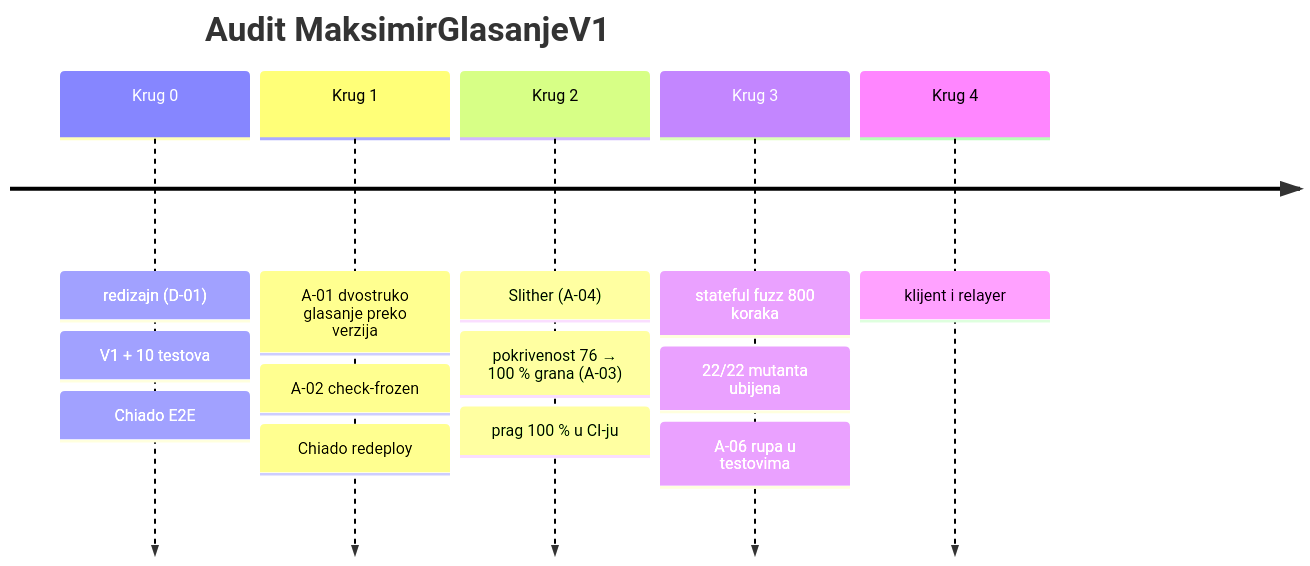
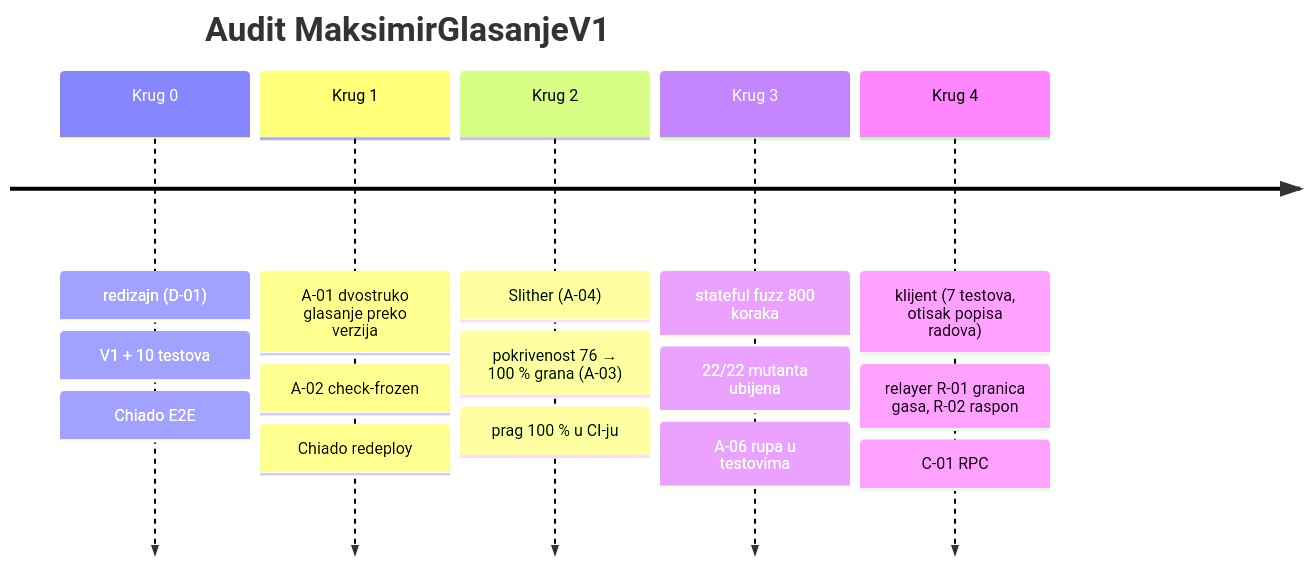
One commit to stepanic/stadion-maksimir-natjecaj-2026 changed the first of 2 diagrams in docs/blockchain/audit/krugovi.md. Above: the diagram before and after it, drawn with Mermaid. The commit also changed other lines of this file and 6 other files, not shown here.

First line of the commit message:
audit(glasanje): krug 4 — klijent i relayer

````diff
--- a/docs/blockchain/audit/krugovi.md
+++ b/docs/blockchain/audit/krugovi.md
@@ -5,9 +5,9 @@
 ```mermaid
 timeline
   title Audit MaksimirGlasanjeV1
   Krug 0 : redizajn (D-01) : V1 + 10 testova : Chiado E2E
   Krug 1 : A-01 dvostruko glasanje preko verzija : A-02 check-frozen : Chiado redeploy
   Krug 2 : Slither (A-04) : pokrivenost 76 → 100 % grana (A-03) : prag 100 % u CI-ju
   Krug 3 : stateful fuzz 800 koraka : 22/22 mutanta ubijena : A-06 rupa u testovima
-  Krug 4 : klijent i relayer
+  Krug 4 : klijent (7 testova, otisak popisa radova) : relayer R-01 granica gasa, R-02 raspon : C-01 RPC
 ```
````
